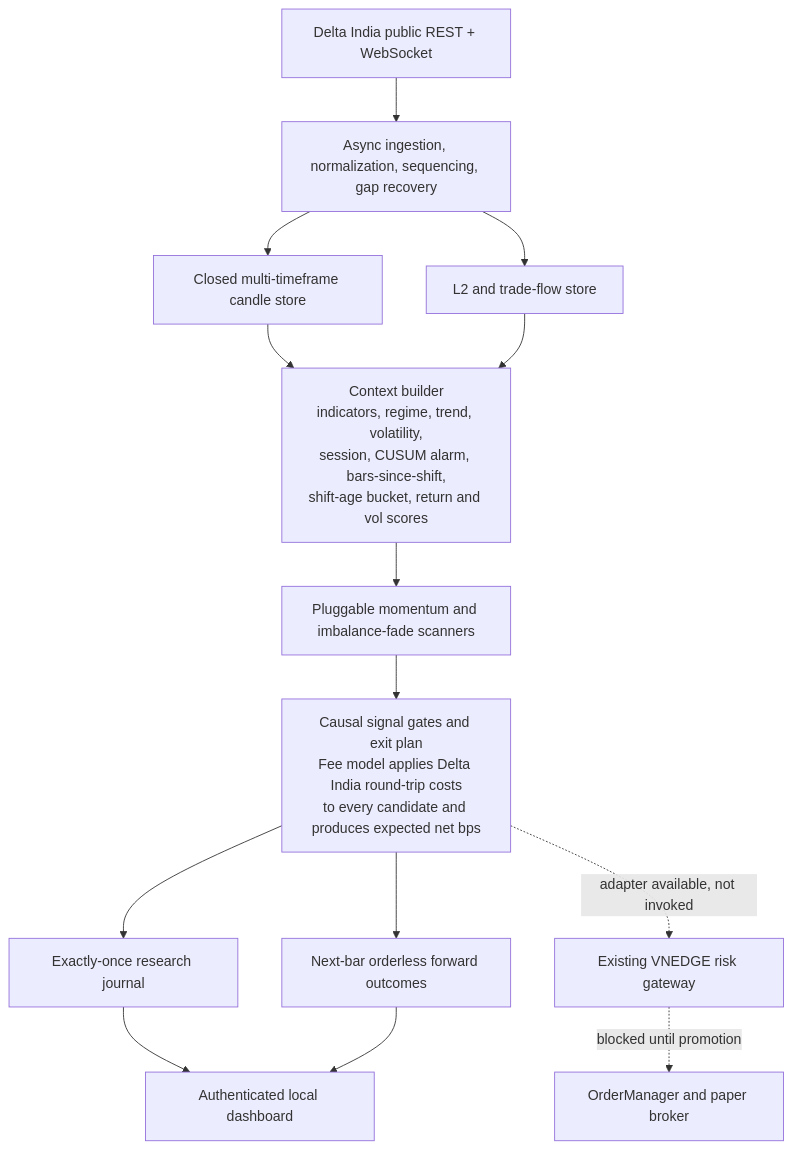
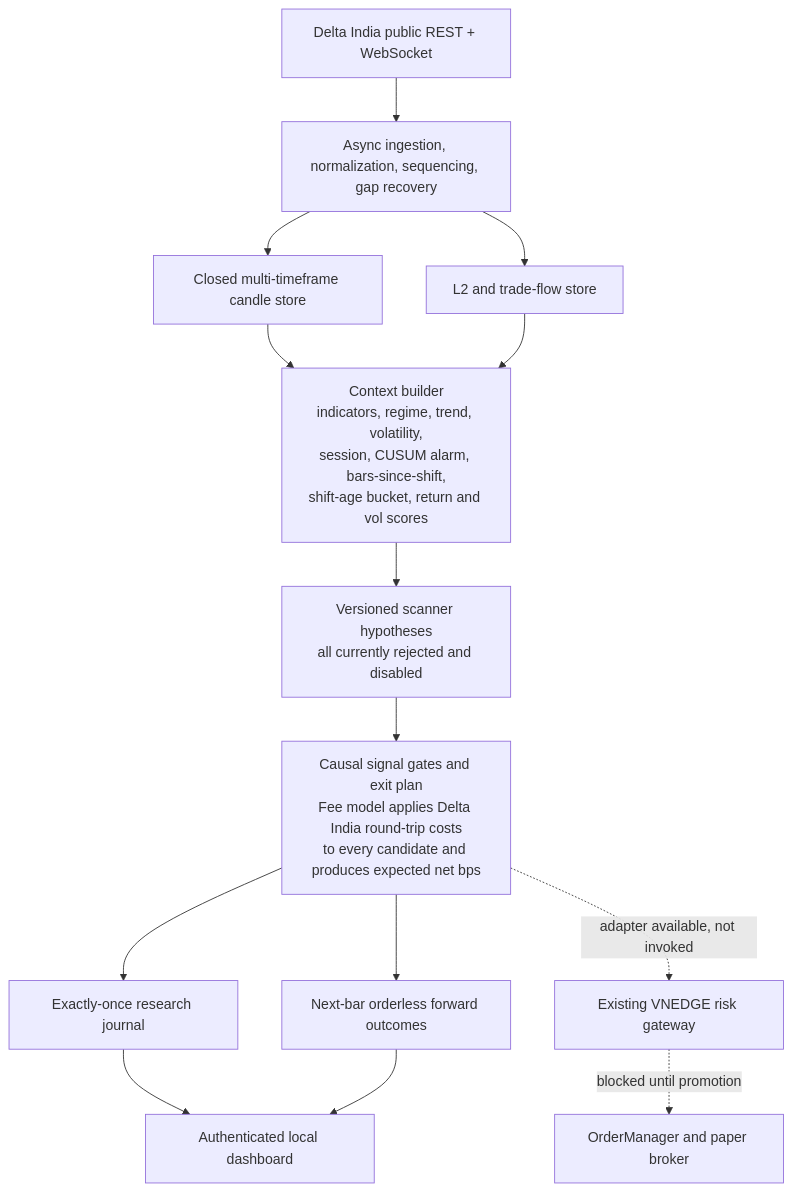
One commit to vikkl1990/VNEdge_Delta changed the first of 3 diagrams in docs/DELTA_SCALPER_SYSTEM_ARCHITECTURE.md. Above: the diagram before and after it, drawn with Mermaid. The commit also changed other lines of this file and 9 other files, not shown here.

````diff
--- a/docs/DELTA_SCALPER_SYSTEM_ARCHITECTURE.md
+++ b/docs/DELTA_SCALPER_SYSTEM_ARCHITECTURE.md
@@ -11,16 +11,16 @@
 ```mermaid
 flowchart TD
     Delta["Delta India public REST + WebSocket"] --> Ingest["Async ingestion, normalization, sequencing, gap recovery"]
     Ingest --> Candles["Closed multi-timeframe candle store"]
     Ingest --> Flow["L2 and trade-flow store"]
     Candles --> Context["Context builder<br/>indicators, regime, trend, volatility,<br/>session, CUSUM alarm, bars-since-shift,<br/>shift-age bucket, return and vol scores"]
     Flow --> Context
-    Context --> Scanners["Pluggable momentum and imbalance-fade scanners"]
+    Context --> Scanners["Versioned scanner hypotheses<br/>all currently rejected and disabled"]
     Scanners --> Signal["Causal signal gates and exit plan<br/>Fee model applies Delta India round-trip costs<br/>to every candidate and produces expected net bps"]
     Signal --> Journal["Exactly-once research journal"]
     Signal --> Forward["Next-bar orderless forward outcomes"]
     Signal -. "adapter available, not invoked" .-> Risk["Existing VNEDGE risk gateway"]
     Risk -. "blocked until promotion" .-> Orders["OrderManager and paper broker"]
     Journal --> Dashboard["Authenticated local dashboard"]
     Forward --> Dashboard
 ```
````
